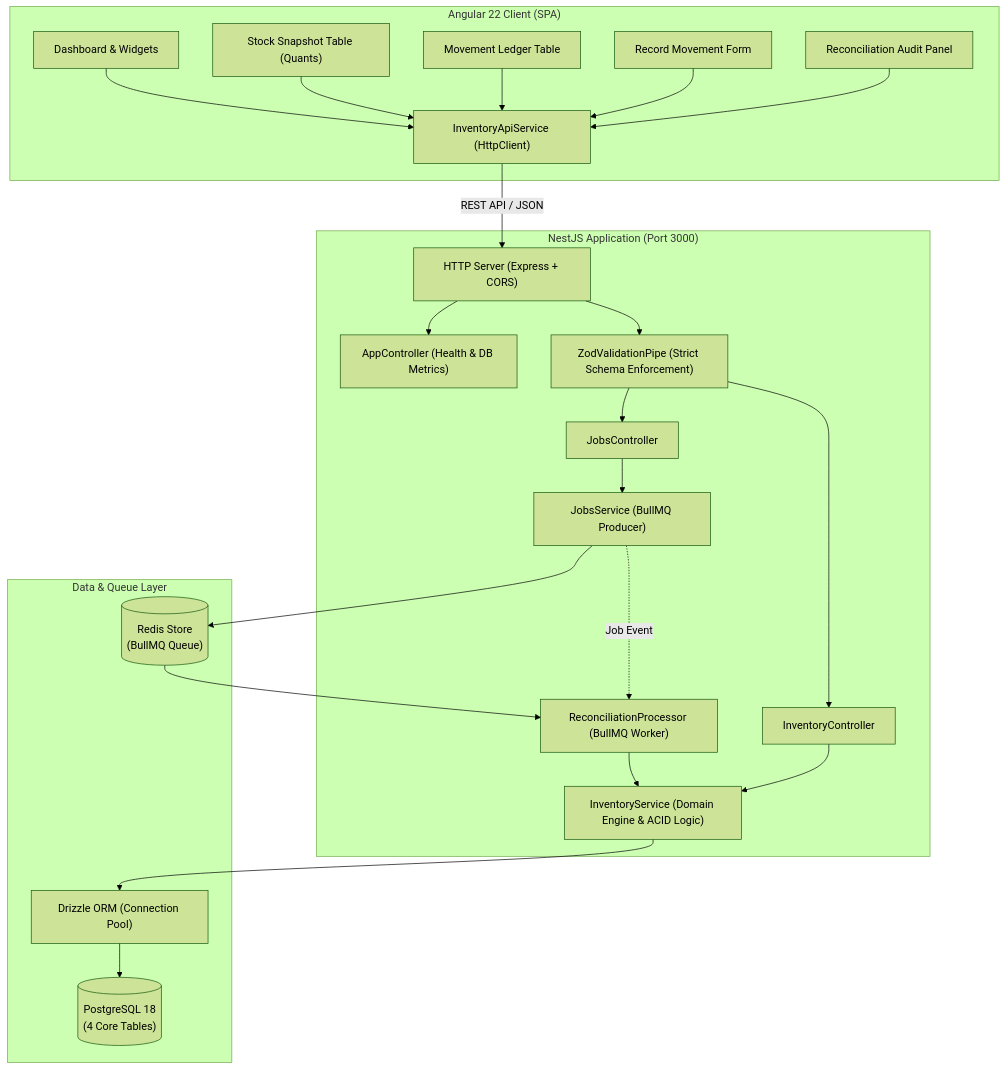
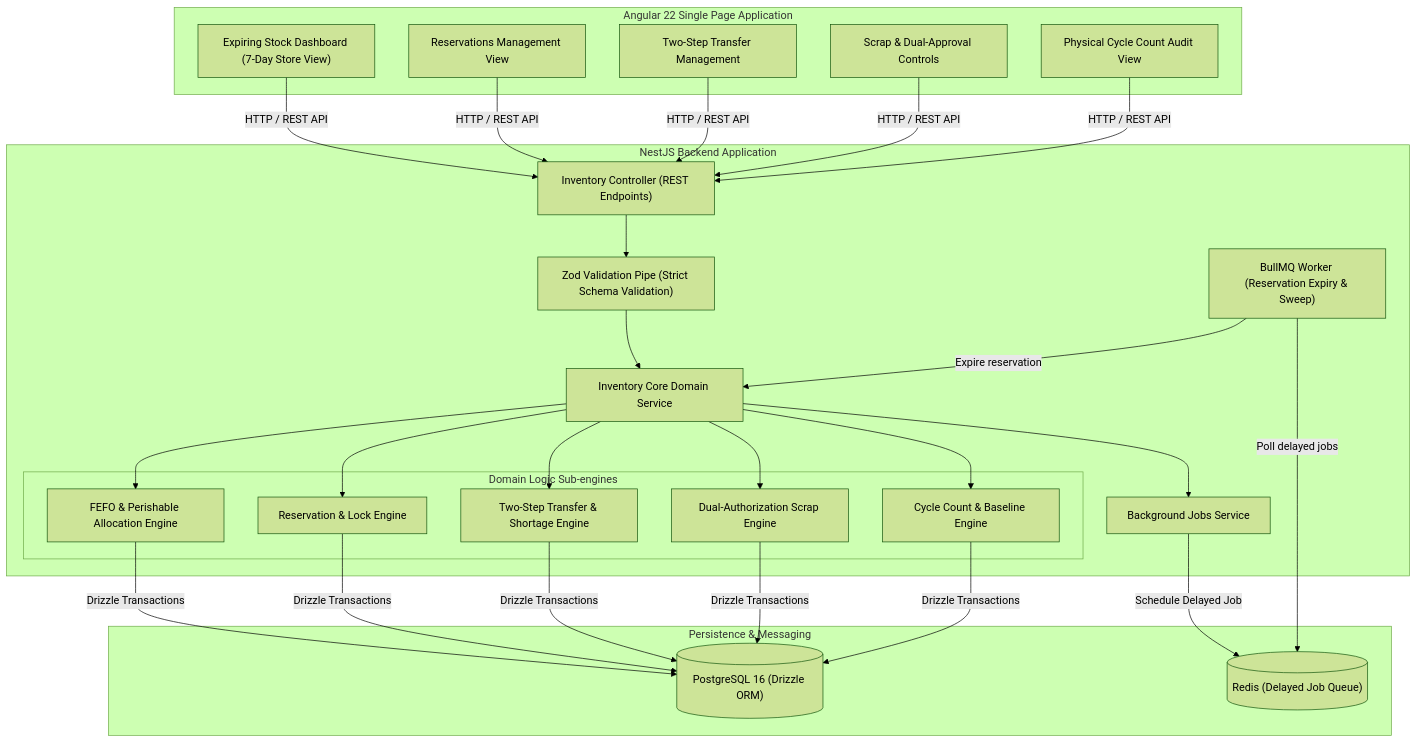
The second of 13 diagrams in docs/04-diagrams.md (pjkorba1256-cmd/stock_ledger), drawn with Mermaid (forest theme) before and after one commit. The commit also changed other lines of this file and 35 other files, not shown here.

Commit message:
feat(p03): complete Techvisk P03 Inventory II implementation with lots, reservations, transfers, counts, and deliverables

````diff
--- a/docs/04-diagrams.md
+++ b/docs/04-diagrams.md
@@ -41,53 +41,42 @@
 ```mermaid
 flowchart TD
-    subgraph Frontend ["Angular 22 Client (SPA)"]
-        UI_DASH["Dashboard & Widgets"]
-        UI_TABLE["Stock Snapshot Table (Quants)"]
-        UI_LEDGER["Movement Ledger Table"]
-        UI_FORM["Record Movement Form"]
-        UI_RECON["Reconciliation Audit Panel"]
-        API_SVC["InventoryApiService (HttpClient)"]
-
-        UI_DASH --> API_SVC
-        UI_TABLE --> API_SVC
-        UI_LEDGER --> API_SVC
-        UI_FORM --> API_SVC
-        UI_RECON --> API_SVC
+    subgraph Frontend["Angular 22 Single Page Application"]
+        ExpiringDash["Expiring Stock Dashboard (7-Day Store View)"]
+        ReservationUI["Reservations Management View"]
+        TransferUI["Two-Step Transfer Management"]
+        ScrapUI["Scrap & Dual-Approval Controls"]
+        CountUI["Physical Cycle Count Audit View"]
     end
 
-    subgraph BackendAPI ["NestJS Application (Port 3000)"]
-        GATEWAY["HTTP Server (Express + CORS)"]
-        ZOD_PIPE["ZodValidationPipe (Strict Schema Enforcement)"]
-        
-        INV_CTRL["InventoryController"]
-        JOBS_CTRL["JobsController"]
-        APP_CTRL["AppController (Health & DB Metrics)"]
+    subgraph BackendAPI["NestJS Backend Application"]
+        InventoryController["Inventory Controller (REST Endpoints)"]
+        ZodPipe["Zod Validation Pipe (Strict Schema Validation)"]
+        InventoryService["Inventory Core Domain Service"]
+        JobsService["Background Jobs Service"]
 
-        INV_SRV["InventoryService (Domain Engine & ACID Logic)"]
-        JOBS_SRV["JobsService (BullMQ Producer)"]
-        RECON_PROC["ReconciliationProcessor (BullMQ Worker)"]
+        subgraph CoreModules["Domain Logic Sub-engines"]
+            FEFOEngine["FEFO & Perishable Allocation Engine"]
+            ReservationEngine["Reservation & Lock Engine"]
+            TransferEngine["Two-Step Transfer & Shortage Engine"]
+            ScrapEngine["Dual-Authorization Scrap Engine"]
+            CountEngine["Cycle Count & Baseline Engine"]
+        end
 
-        GATEWAY --> ZOD_PIPE
-        ZOD_PIPE --> INV_CTRL
-        ZOD_PIPE --> JOBS_CTRL
-        GATEWAY --> APP_CTRL
-
-        INV_CTRL --> INV_SRV
-        JOBS_CTRL --> JOBS_SRV
-        JOBS_SRV -.->|"Job Event"| RECON_PROC
-        RECON_PROC --> INV_SRV
+        Worker["BullMQ Worker (Reservation Expiry & Sweep)"]
     end
 
-    subgraph Persistence ["Data & Queue Layer"]
-        DRIZZLE["Drizzle ORM (Connection Pool)"]
-        PG_DB[("PostgreSQL 18\n(4 Core Tables)")]
-        REDIS_DB[("Redis Store\n(BullMQ Queue)")]
-
-        INV_SRV --> DRIZZLE
-        DRIZZLE --> PG_DB
-        JOBS_SRV --> REDIS_DB
-        REDIS_DB --> RECON_PROC
+    subgraph DataStore["Persistence & Messaging"]
+        PostgresDB[("PostgreSQL 16 (Drizzle ORM)")]
+        RedisStore[("Redis (Delayed Job Queue)")]
     end
 
-    API_SVC -->|"REST API / JSON"| GATEWAY
+    ExpiringDash & ReservationUI & TransferUI & ScrapUI & CountUI -->|"HTTP / REST API"| InventoryController
+    InventoryController --> ZodPipe
+    ZodPipe --> InventoryService
+    InventoryService --> FEFOEngine & ReservationEngine & TransferEngine & ScrapEngine & CountEngine
+    InventoryService --> JobsService
+    JobsService -->|"Schedule Delayed Job"| RedisStore
+    Worker -->|"Poll delayed jobs"| RedisStore
+    Worker -->|"Expire reservation"| InventoryService
+    FEFOEngine & ReservationEngine & TransferEngine & ScrapEngine & CountEngine -->|"Drizzle Transactions"| PostgresDB
 ```
````
